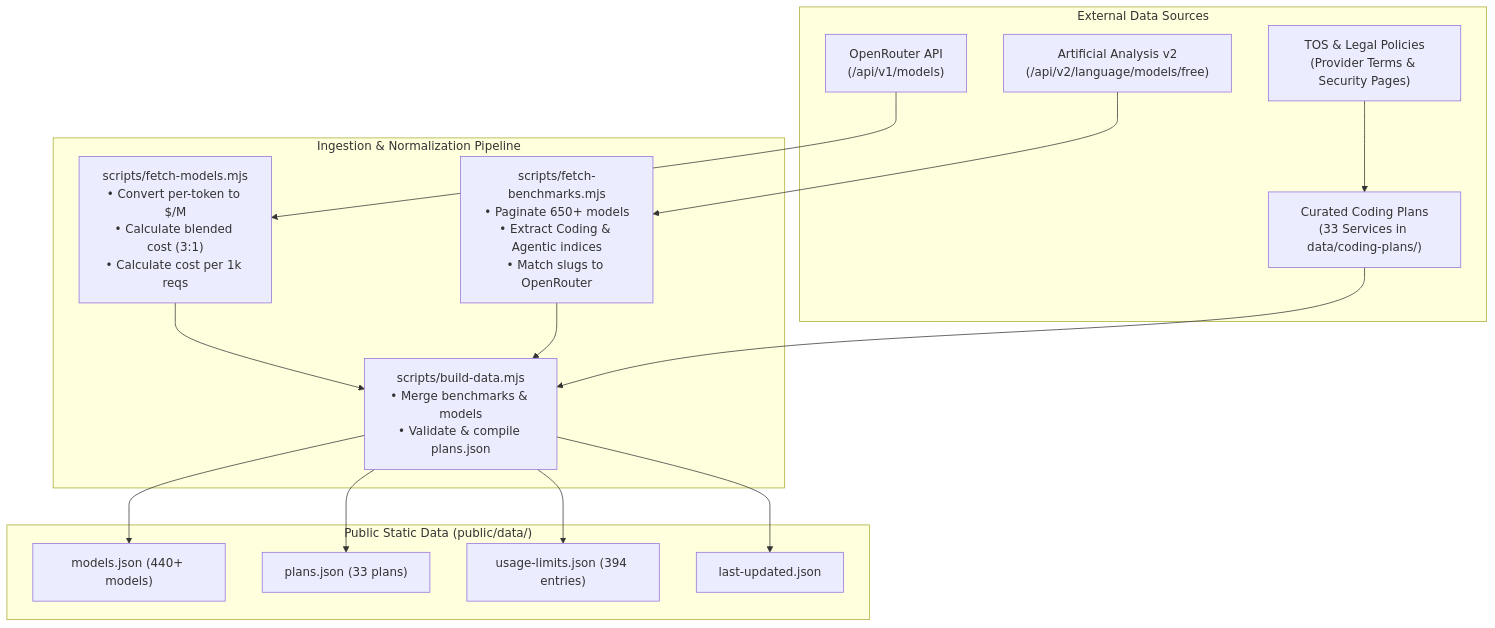
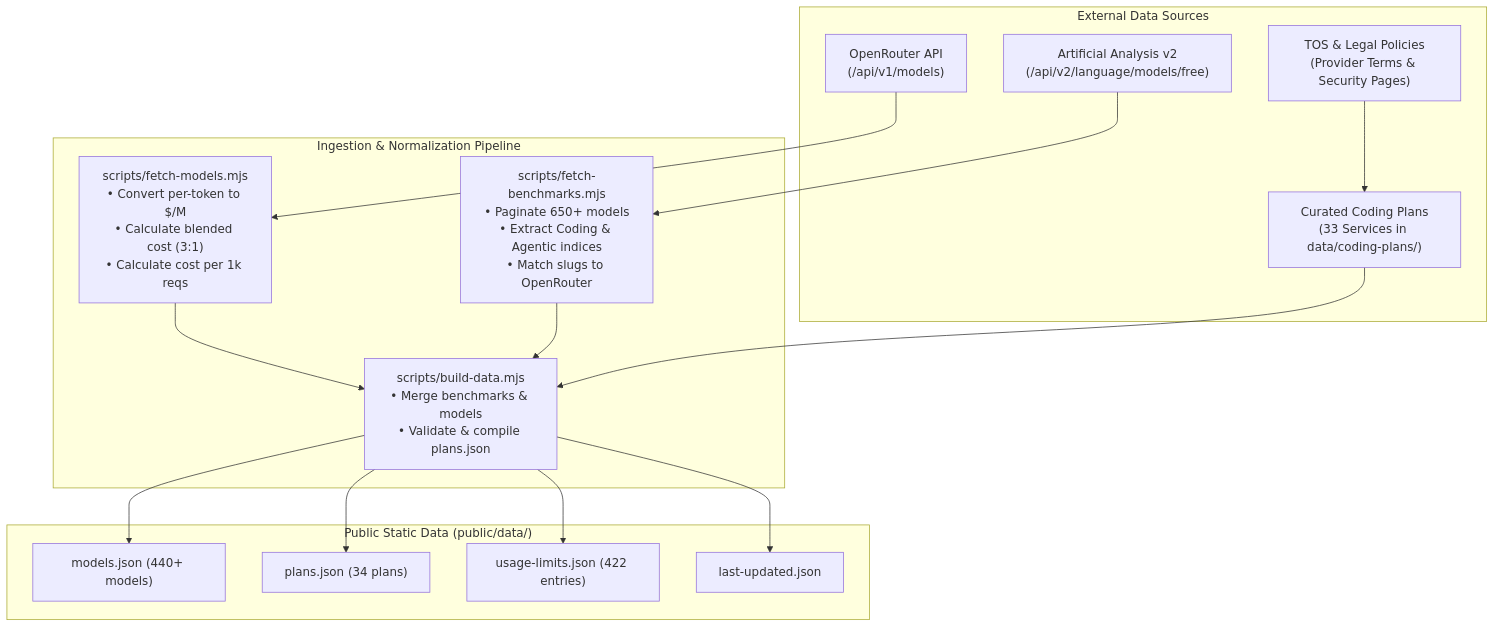
Before and after one commit to Heretek-AI/Token-Max: the diagram in docs/DATA_SOURCES.md, drawn with Mermaid. The commit also changed other lines of this file and 17 other files, not shown here.

````diff
--- a/docs/DATA_SOURCES.md
+++ b/docs/DATA_SOURCES.md
@@ -24,33 +24,33 @@
 ```mermaid
 flowchart TD
     subgraph DataSources["External Data Sources"]
         OR["OpenRouter API<br/>(/api/v1/models)"]
         AA["Artificial Analysis v2<br/>(/api/v2/language/models/free)"]
         CP["Curated Coding Plans<br/>(33 Services in data/coding-plans/)"]
         TOS["TOS & Legal Policies<br/>(Provider Terms & Security Pages)"]
     end
 
     subgraph Pipeline["Ingestion & Normalization Pipeline"]
         FM["scripts/fetch-models.mjs<br/>• Convert per-token to $/M<br/>• Calculate blended cost (3:1)<br/>• Calculate cost per 1k reqs"]
         FA["scripts/fetch-benchmarks.mjs<br/>• Paginate 650+ models<br/>• Extract Coding & Agentic indices<br/>• Match slugs to OpenRouter"]
         BD["scripts/build-data.mjs<br/>• Merge benchmarks & models<br/>• Validate & compile plans.json"]
     end
 
     subgraph Outputs["Public Static Data (public/data/)"]
         M["models.json (440+ models)"]
-        P["plans.json (33 plans)"]
-        U["usage-limits.json (394 entries)"]
+        P["plans.json (34 plans)"]
+        U["usage-limits.json (422 entries)"]
         L["last-updated.json"]
     end
 
     OR --> FM
     AA --> FA
     FM --> BD
     FA --> BD
     CP --> BD
     TOS --> CP
     BD --> M
     BD --> P
     BD --> U
     BD --> L
 ```
````
